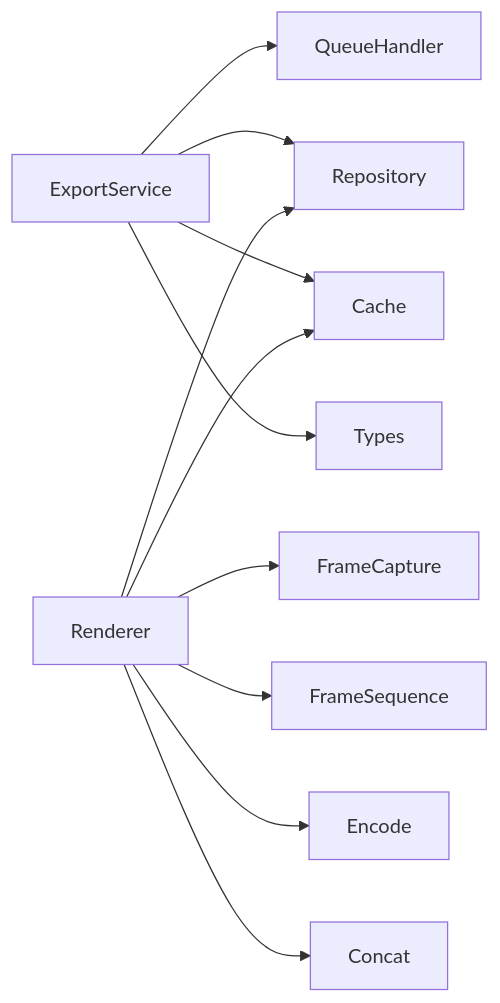
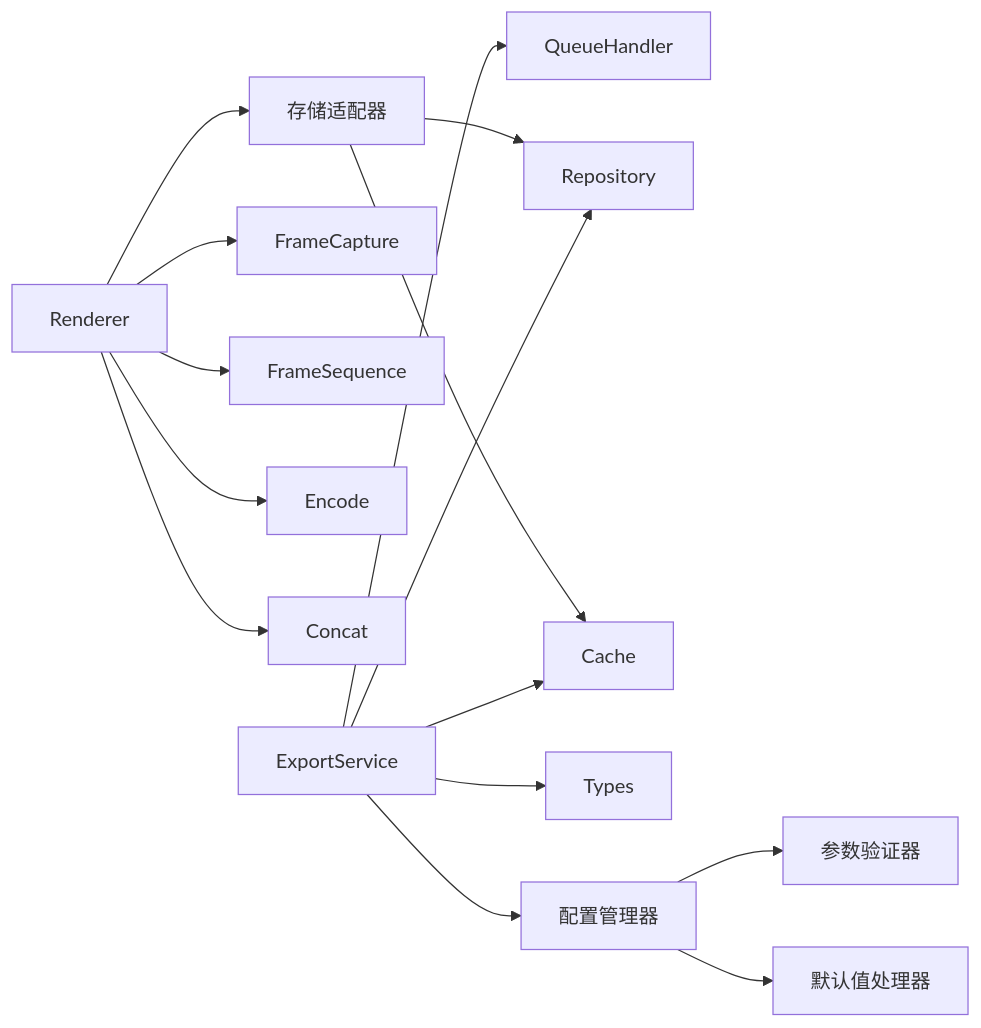
One commit to AIMFllyYS/code-video-canvas changed the tenth of 10 diagrams in .qoder/repowiki/zh/content/核心功能模块/渲染引擎/导出服务.md. Above: the diagram before and after it, drawn with Mermaid. The commit also changed other lines of this file and 31 other files, not shown here.

````diff
--- a/.qoder/repowiki/zh/content/核心功能模块/渲染引擎/导出服务.md
+++ b/.qoder/repowiki/zh/content/核心功能模块/渲染引擎/导出服务.md
@@ -393,13 +564,17 @@
 ```mermaid
 graph LR
 ES["ExportService"] --> QH["QueueHandler"]
 ES --> RP["Repository"]
 ES --> CA["Cache"]
 ES --> TY["Types"]
+ES --> CFG["配置管理器"]
 RN["Renderer"] --> FC["FrameCapture"]
 RN --> FS["FrameSequence"]
 RN --> EN["Encode"]
 RN --> CT["Concat"]
-RN --> RP
-RN --> CA
+RN --> SA["存储适配器"]
+SA --> RP
+SA --> CA
+CFG --> VAL["参数验证器"]
+CFG --> DEF["默认值处理器"]
 ```
````
